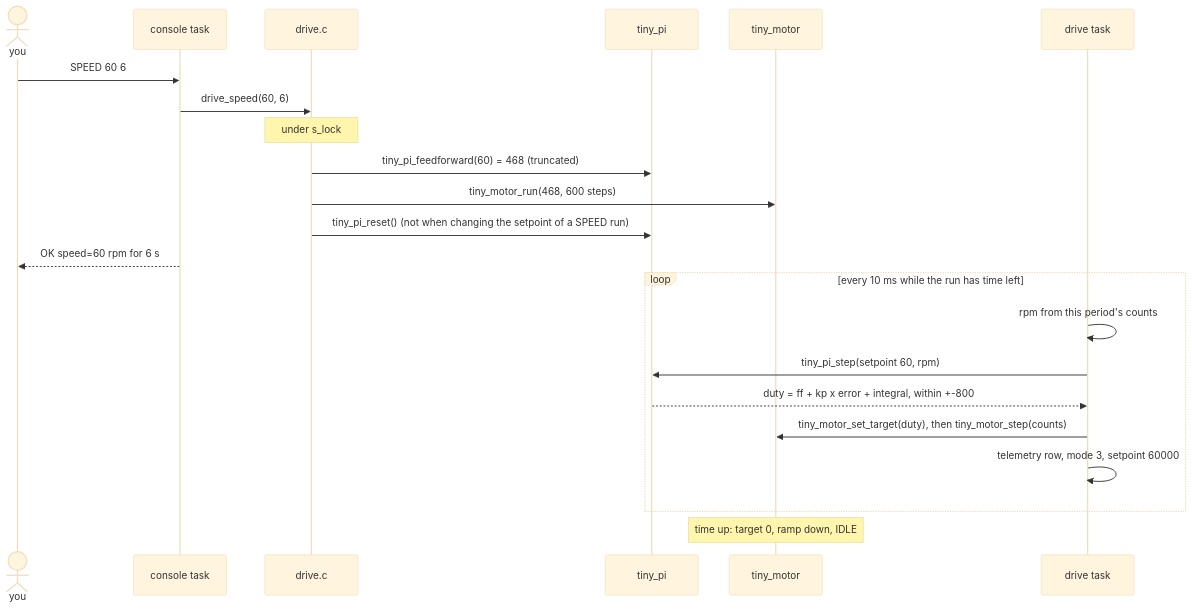
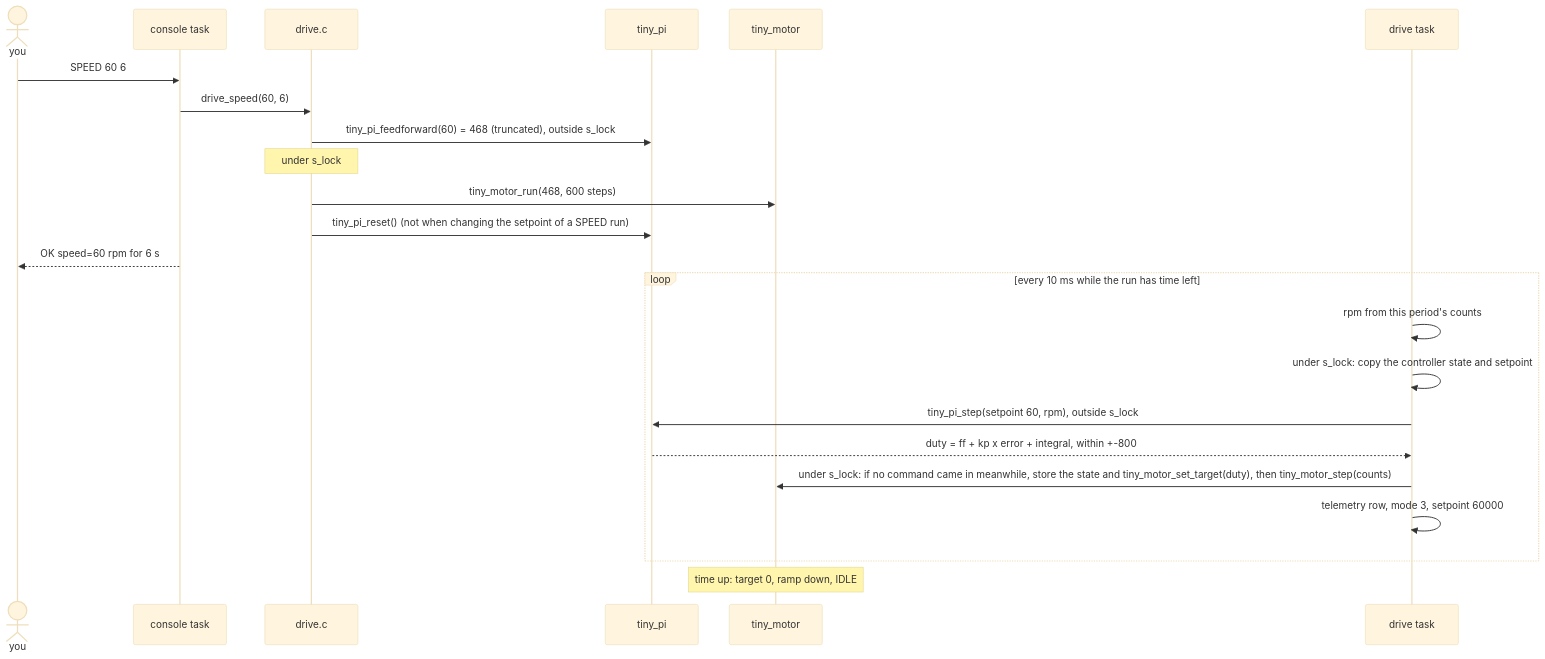
The sixth of 6 diagrams in firmware/wheel_node/README.md (shanirub/tiny-ecus), drawn with Mermaid (base theme) before and after one commit. The commit also changed other lines of this file and 3 other files, not shown here.

````diff
--- a/firmware/wheel_node/README.md
+++ b/firmware/wheel_node/README.md
@@ -170,25 +172,26 @@
 ```mermaid
 sequenceDiagram
     actor you
     participant console as console task
     participant drive as drive.c
     participant pi as tiny_pi
     participant motor as tiny_motor
     participant task as drive task
 
     you->>console: SPEED 60 6
     console->>drive: drive_speed(60, 6)
+    drive->>pi: tiny_pi_feedforward(60) = 468 (truncated), outside s_lock
     Note over drive: under s_lock
-    drive->>pi: tiny_pi_feedforward(60) = 468 (truncated)
     drive->>motor: tiny_motor_run(468, 600 steps)
     drive->>pi: tiny_pi_reset() (not when changing the setpoint of a SPEED run)
     console-->>you: OK speed=60 rpm for 6 s
     loop every 10 ms while the run has time left
         task->>task: rpm from this period's counts
-        task->>pi: tiny_pi_step(setpoint 60, rpm)
+        task->>task: under s_lock: copy the controller state and setpoint
+        task->>pi: tiny_pi_step(setpoint 60, rpm), outside s_lock
         pi-->>task: duty = ff + kp x error + integral, within +-800
-        task->>motor: tiny_motor_set_target(duty), then tiny_motor_step(counts)
+        task->>motor: under s_lock: if no command came in meanwhile, store the state and tiny_motor_set_target(duty), then tiny_motor_step(counts)
         task->>task: telemetry row, mode 3, setpoint 60000
     end
     Note over motor: time up: target 0, ramp down, IDLE
 ```
````
